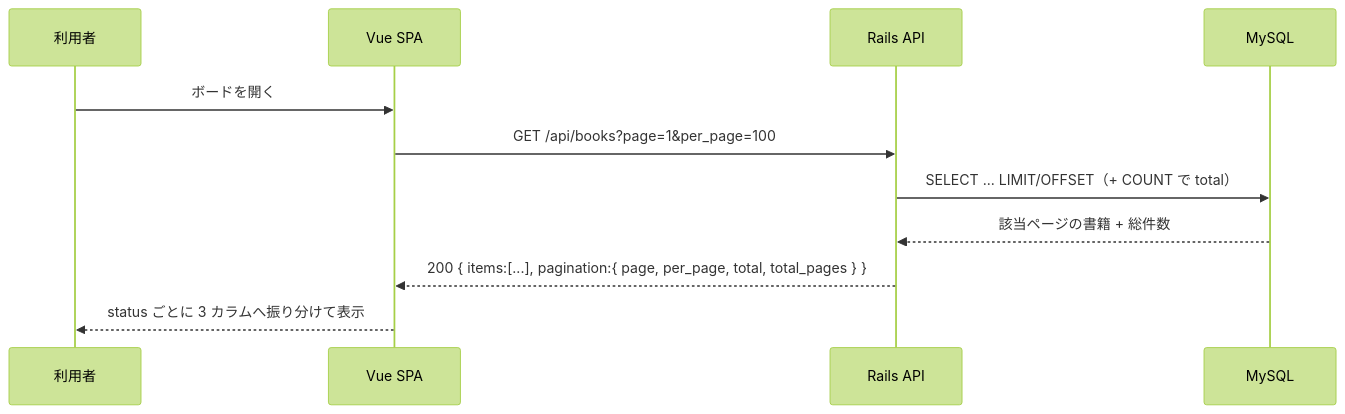
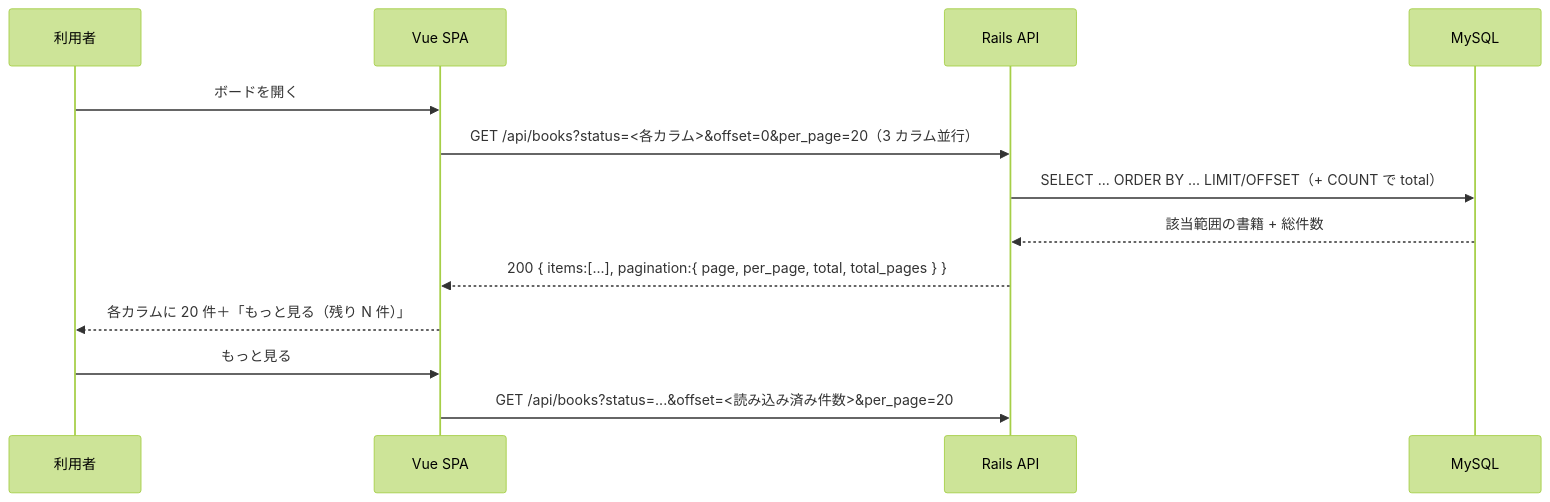
Before and after one commit to adamaru-code/reading-board: the fifth of 7 diagrams in docs/basic-design.md, drawn with Mermaid (forest theme). The commit also changed other lines of this file and 10 other files, not shown here.

````diff
--- a/docs/basic-design.md
+++ b/docs/basic-design.md
@@ -130,13 +130,15 @@
 ```mermaid
 sequenceDiagram
     participant U as 利用者
     participant V as Vue SPA
     participant R as Rails API
     participant D as MySQL
     U->>V: ボードを開く
-    V->>R: GET /api/books?page=1&per_page=100
-    R->>D: SELECT ... LIMIT/OFFSET（+ COUNT で total）
-    D-->>R: 該当ページの書籍 + 総件数
+    V->>R: GET /api/books?status=<各カラム>&offset=0&per_page=20（3 カラム並行）
+    R->>D: SELECT ... ORDER BY ... LIMIT/OFFSET（+ COUNT で total）
+    D-->>R: 該当範囲の書籍 + 総件数
     R-->>V: 200 { items:[...], pagination:{ page, per_page, total, total_pages } }
-    V-->>U: status ごとに 3 カラムへ振り分けて表示
+    V-->>U: 各カラムに 20 件＋「もっと見る（残り N 件）」
+    U->>V: もっと見る
+    V->>R: GET /api/books?status=...&offset=<読み込み済み件数>&per_page=20
 ```
````
